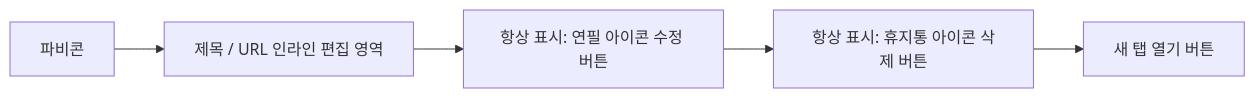
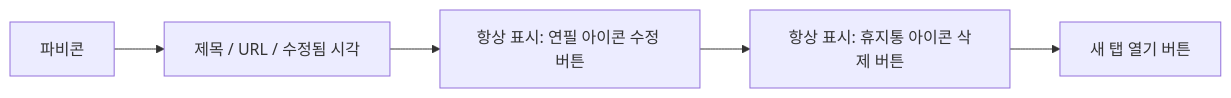
The seventh of 13 diagrams in docs/Wireframe.md (olivesch/my-link), drawn with Mermaid before and after one commit. The commit also changed other lines of this file and 25 other files, not shown here.

````diff
--- a/docs/Wireframe.md
+++ b/docs/Wireframe.md
@@ -168,13 +197,13 @@
 ```mermaid
 flowchart LR
   Favicon["파비콘"]
-  Content["제목 / URL 인라인 편집 영역"]
+  Content["제목 / URL / 수정됨 시각"]
   Edit["항상 표시: 연필 아이콘 수정 버튼"]
   Delete["항상 표시: 휴지통 아이콘 삭제 버튼"]
   Open["새 탭 열기 버튼"]
 
   Favicon --> Content
   Content --> Edit
   Edit --> Delete
   Delete --> Open
 ```
````
